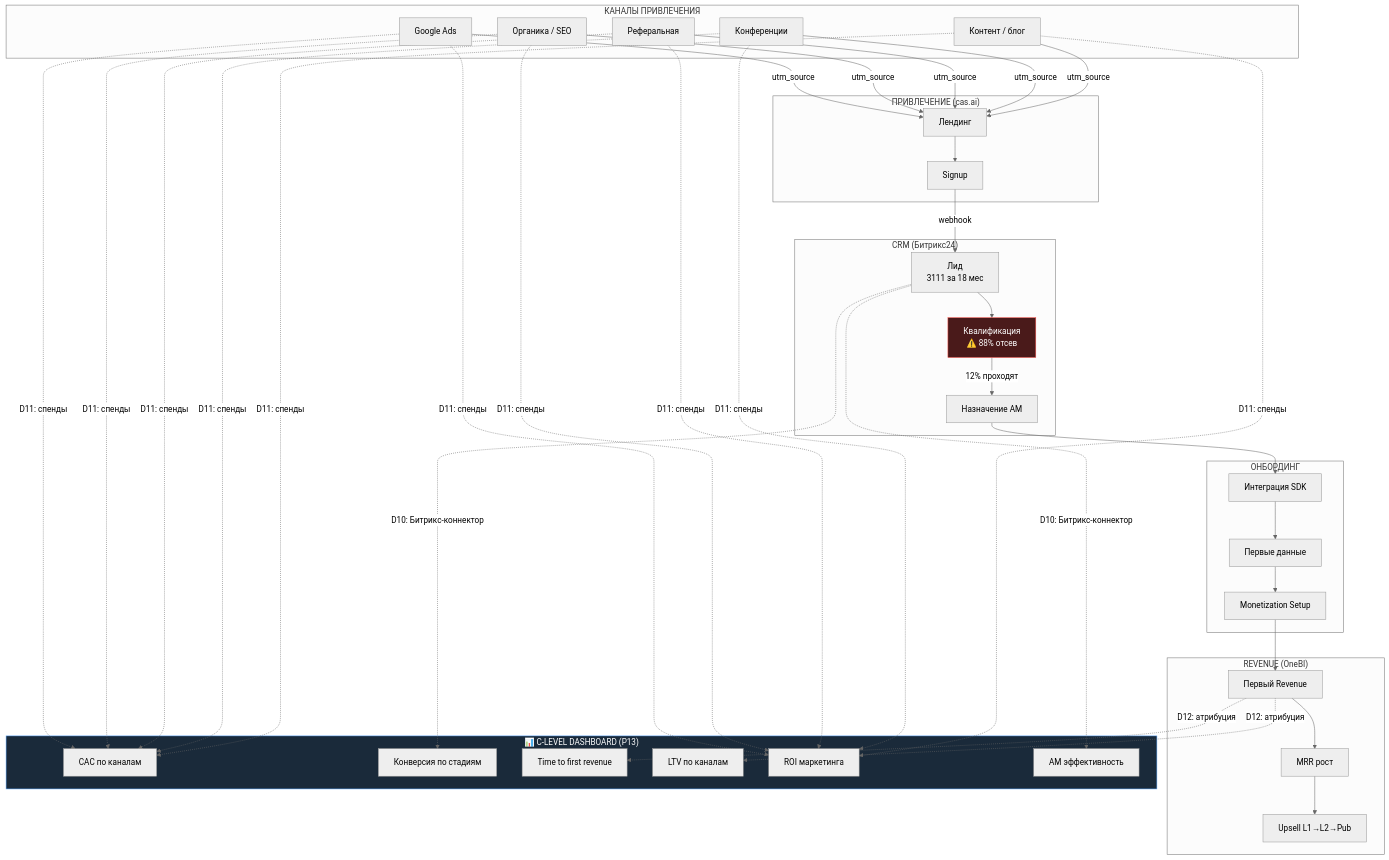
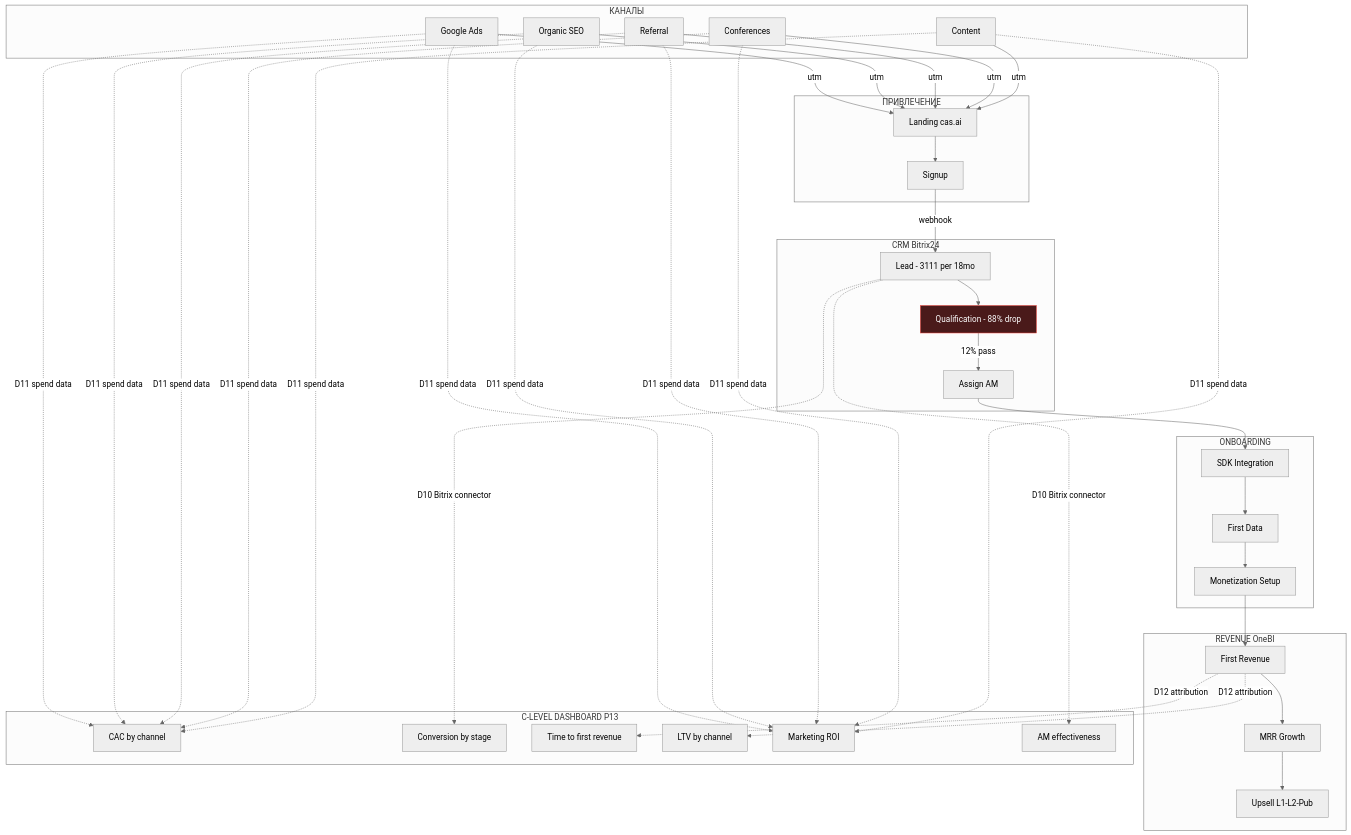
Before and after one commit to alexshevnin-cas/cas-docs: the third of 7 diagrams in 03-product/component-map.md, drawn with Mermaid (neutral theme). The commit also changed other lines of this file and 2 other files, not shown here.

First line of the commit message:
fix: mermaid rendering in docsify — remove emojis, use plugin hook

````diff
--- a/03-product/component-map.md
+++ b/03-product/component-map.md
@@ -229,61 +200,60 @@
 ```mermaid
 flowchart TD
-    subgraph CHANNELS["КАНАЛЫ ПРИВЛЕЧЕНИЯ"]
-        CH1["Google Ads"]
-        CH2["Органика / SEO"]
-        CH3["Реферальная"]
-        CH4["Конференции"]
-        CH5["Контент / блог"]
+    subgraph CHAN["КАНАЛЫ"]
+        C1["Google Ads"]
+        C2["Organic SEO"]
+        C3["Referral"]
+        C4["Conferences"]
+        C5["Content"]
     end
 
-    subgraph ACQUISITION["ПРИВЛЕЧЕНИЕ (cas.ai)"]
-        LAND["Лендинг"]
+    subgraph ACQ["ПРИВЛЕЧЕНИЕ"]
+        LAND["Landing cas.ai"]
         SIGN["Signup"]
     end
 
-    subgraph CRM_FLOW["CRM (Битрикс24)"]
-        LEAD["Лид<br/>3111 за 18 мес"]
-        QUAL["Квалификация<br/>⚠️ 88% отсев"]
-        ASSIGN["Назначение AM"]
+    subgraph CRM["CRM Bitrix24"]
+        LEAD["Lead - 3111 per 18mo"]
+        QUAL["Qualification - 88% drop"]
+        ASSIGN["Assign AM"]
     end
 
-    subgraph ONBOARDING_FLOW["ОНБОРДИНГ"]
-        SDK_INT["Интеграция SDK"]
-        FIRST_DATA["Первые данные"]
-        SETUP["Monetization Setup"]
+    subgraph ONB["ONBOARDING"]
+        SDKI["SDK Integration"]
+        FDATA["First Data"]
+        MSET["Monetization Setup"]
     end
 
-    subgraph REVENUE_FLOW["REVENUE (OneBI)"]
-        FIRST_REV["Первый Revenue"]
-        MRR_GROW["MRR рост"]
-        UPSELL["Upsell L1→L2→Pub"]
+    subgraph REV["REVENUE OneBI"]
+        FREV["First Revenue"]
+        MRR["MRR Growth"]
+        UPS["Upsell L1-L2-Pub"]
     end
 
-    subgraph CLEVEL["📊 C-LEVEL DASHBOARD (P13)"]
-        M1["CAC по каналам"]
-        M2["Конверсия по стадиям"]
+    subgraph DASH["C-LEVEL DASHBOARD P13"]
+        M1["CAC by channel"]
+        M2["Conversion by stage"]
         M3["Time to first revenue"]
-        M4["LTV по каналам"]
-        M5["ROI маркетинга"]
-        M6["AM эффективность"]
+        M4["LTV by channel"]
+        M5["Marketing ROI"]
+        M6["AM effectiveness"]
     end
 
-    CH1 & CH2 & CH3 & CH4 & CH5 -->|"utm_source"| LAND
+    C1 & C2 & C3 & C4 & C5 -->|utm| LAND
     LAND --> SIGN
-    SIGN -->|"webhook"| LEAD
+    SIGN -->|webhook| LEAD
     LEAD --> QUAL
-    QUAL -->|"12% проходят"| ASSIGN
-    ASSIGN --> SDK_INT
-    SDK_INT --> FIRST_DATA
-    FIRST_DATA --> SETUP
-    SETUP --> FIRST_REV
-    FIRST_REV --> MRR_GROW
-    MRR_GROW --> UPSELL
+    QUAL -->|12% pass| ASSIGN
+    ASSIGN --> SDKI
+    SDKI --> FDATA
+    FDATA --> MSET
+    MSET --> FREV
+    FREV --> MRR
+    MRR --> UPS
 
-    LEAD -.->|"D10: Битрикс-коннектор"| M2 & M6
-    FIRST_REV -.->|"D12: атрибуция"| M3 & M4
-    CH1 & CH2 & CH3 & CH4 & CH5 -.->|"D11: спенды"| M1 & M5
+    LEAD -.->|D10 Bitrix connector| M2 & M6
+    FREV -.->|D12 attribution| M3 & M4
+    C1 & C2 & C3 & C4 & C5 -.->|D11 spend data| M1 & M5
 
     style QUAL fill:#4a1a1a,stroke:#f85149,color:#fff
-    style CLEVEL fill:#1a2a3a,stroke:#58A6FF,color:#fff
 ```
````
